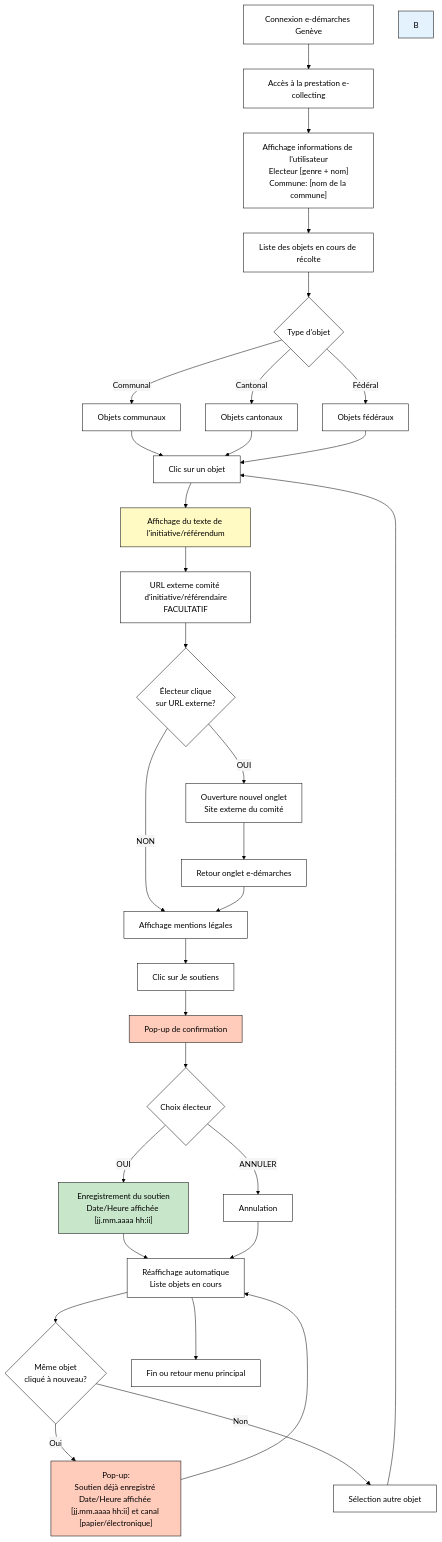
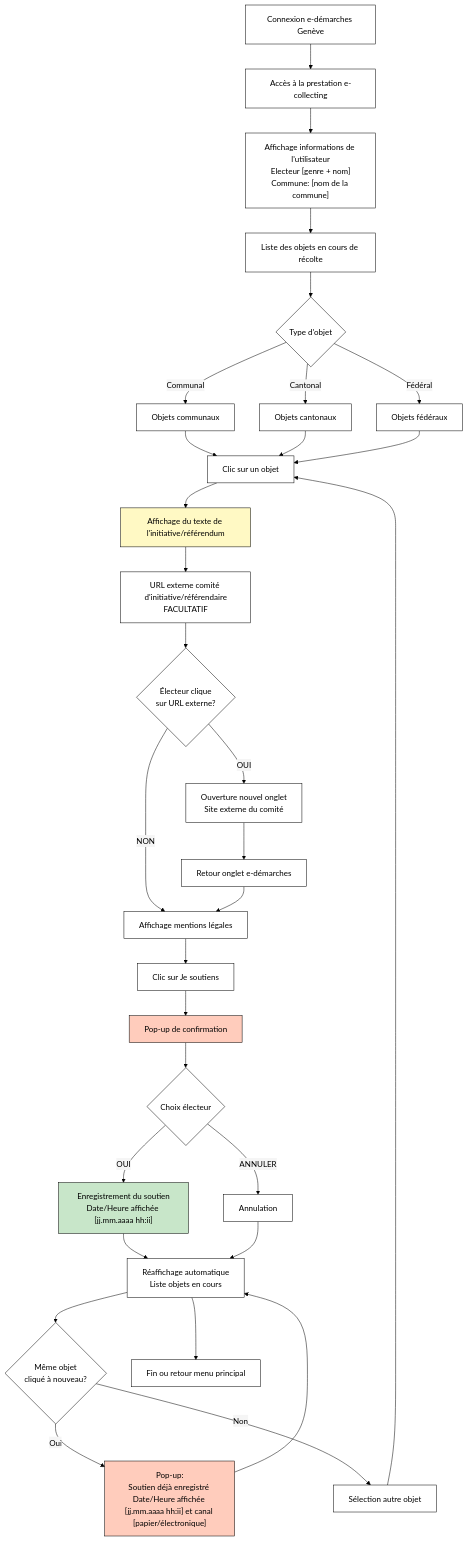
One commit to swiss/e-collecting-hackathon-team10 changed the second of 2 diagrams in README.md. Above: the diagram before and after it, drawn with Mermaid.

````diff
--- a/README.md
+++ b/README.md
@@ -101,53 +101,53 @@
 ```mermaid
 %%{init: {'theme':'base', 'themeVariables': {'primaryColor':'#ffffff','primaryTextColor':'#000000','primaryBorderColor':'#000000','lineColor':'#000000','secondaryColor':'#f5f5f5','tertiaryColor':'#ffffff','background':'#ffffff'}}}%%
 flowchart TD
     A[Connexion e-démarches Genève]
 	
     A --> D[Accès à la prestation e-collecting]
     
     D --> E["Affichage informations de l'utilisateur<br/>Electeur [genre + nom]<br/>Commune: [nom de la commune]"]
     E --> F[Liste des objets en cours de récolte]
     
     F --> G{Type d'objet}
     G -->|Communal| H1[Objets communaux]
     G -->|Cantonal| H2[Objets cantonaux]
     G -->|Fédéral| H3[Objets fédéraux]
     
     H1 --> I[Clic sur un objet]
     H2 --> I
     H3 --> I
     
     I --> J[Affichage du texte de l'initiative/référendum]
     J --> URL["URL externe comité d'initiative/référendaire<br/>FACULTATIF"]
     URL --> URLC{Électeur clique<br/>sur URL externe?}
     URLC -->|OUI| URLO[Ouverture nouvel onglet<br/>Site externe du comité]
     URLC -->|NON| L[Affichage mentions légales]
     
     URLO --> P[Retour onglet e-démarches]
     P --> L
     
     L --> Q[Clic sur Je soutiens]
     Q --> R[Pop-up de confirmation]
     
     R --> S{Choix électeur}
     S -->|OUI| T["Enregistrement du soutien<br/>Date/Heure affichée [jj.mm.aaaa hh:ii]"]
     S -->|ANNULER| U[Annulation]
     
     T --> V[Réaffichage automatique<br/>Liste objets en cours]
     U --> V
     
     V --> W{Même objet<br/>cliqué à nouveau?}
     W -->|Oui| X["Pop-up:<br/>Soutien déjà enregistré Date/Heure affichée [jj.mm.aaaa hh:ii] et canal [papier/électronique]"]
     W -->|Non| Y[Sélection autre objet]
     
     X --> V
     Y --> I
     
     V --> Z[Fin ou retour menu principal]
     
-    style B fill:#e3f2fd
+    
     style J fill:#fff9c4
     style T fill:#c8e6c9
     style R fill:#ffccbc
     style X fill:#ffccbc
 ```
````
